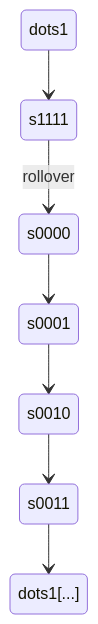
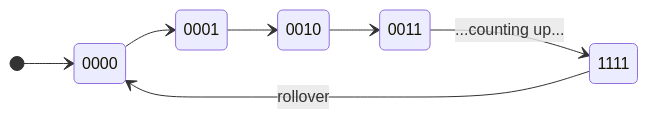
Before and after one commit to vivekrai97709/Sequential_Design_Verilog: the diagram in README.md, drawn with Mermaid. The commit also changed other lines of this file, not shown here.

Commit message:
Enhance 4-Bit Up Counter details in README
Updated description and state diagram for the 4-Bit Up Counter section in README.md.

````diff
--- a/README.md
+++ b/README.md
@@ -48,9 +48,15 @@
 ```mermaid
 stateDiagram-v2
-    s0000 --> s0001
-    s0001 --> s0010
-    s0010 --> s0011
-    s0011 --> dots1[...]
-    dots1 --> s1111
-    s1111 --> s0000: rollover
+    direction LR
+    s0: 0000
+    s1: 0001
+    s2: 0010
+    s3: 0011
+    s15: 1111
+    [*] --> s0
+    s0 --> s1
+    s1 --> s2
+    s2 --> s3
+    s3 --> s15: ...counting up...
+    s15 --> s0: rollover
 ```
````
